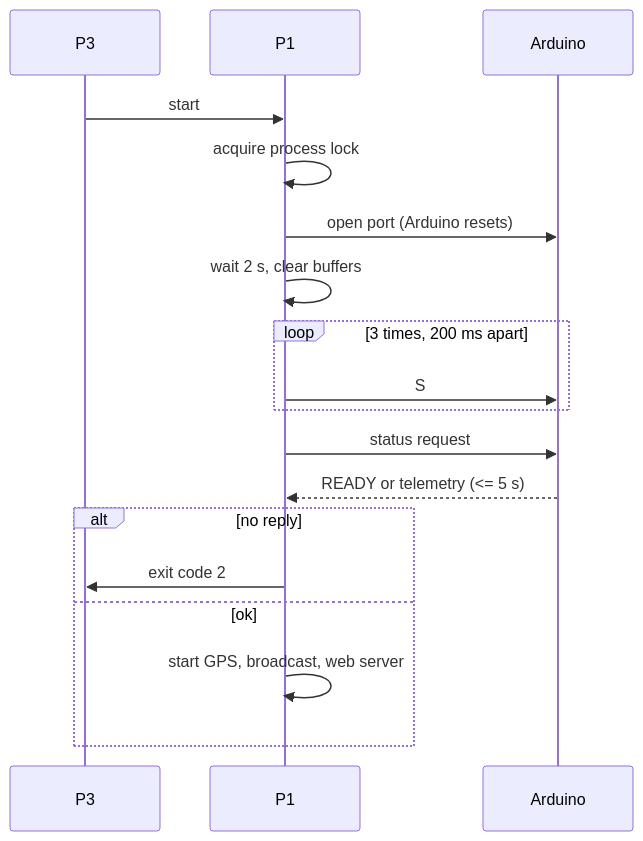
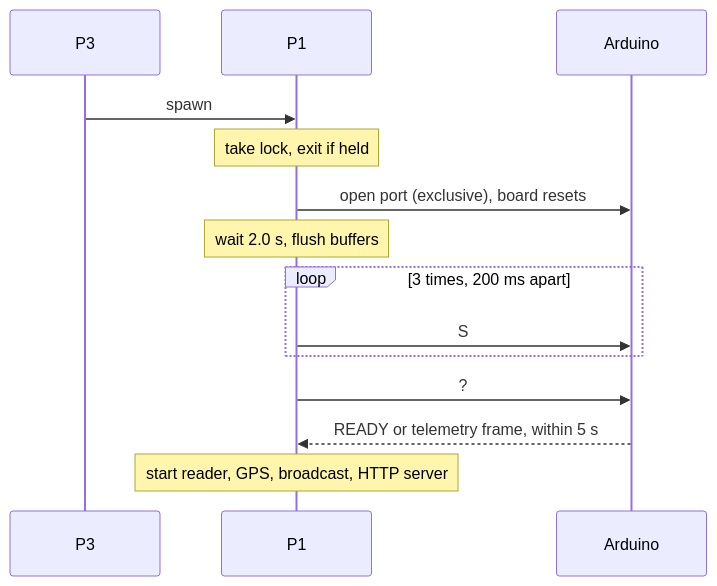
Before and after one commit to baiust999/robort-code-from-pi: the sixth of 12 diagrams in research paper/section3_methodology.md, drawn with Mermaid. The commit also changed other lines of this file and 2 other files, not shown here.

````diff
--- a/research paper/section3_methodology.md
+++ b/research paper/section3_methodology.md
@@ -280,20 +180,16 @@
 ```mermaid
 sequenceDiagram
-  participant P3 as P3
-  participant P1 as P1
+  participant W as P3
+  participant P as P1
   participant A as Arduino
-  P3->>P1: start
-  P1->>P1: acquire process lock
-  P1->>A: open port (Arduino resets)
-  P1->>P1: wait 2 s, clear buffers
+  W->>P: spawn
+  Note over P: take lock, exit if held
+  P->>A: open port (exclusive), board resets
+  Note over P: wait 2.0 s, flush buffers
   loop 3 times, 200 ms apart
-    P1->>A: S
+    P->>A: S
   end
-  P1->>A: status request
-  A-->>P1: READY or telemetry (<= 5 s)
-  alt no reply
-    P1->>P3: exit code 2
-  else ok
-    P1->>P1: start GPS, broadcast, web server
-  end
+  P->>A: ?
+  A-->>P: READY or telemetry frame, within 5 s
+  Note over P: start reader, GPS, broadcast, HTTP server
 ```
````
